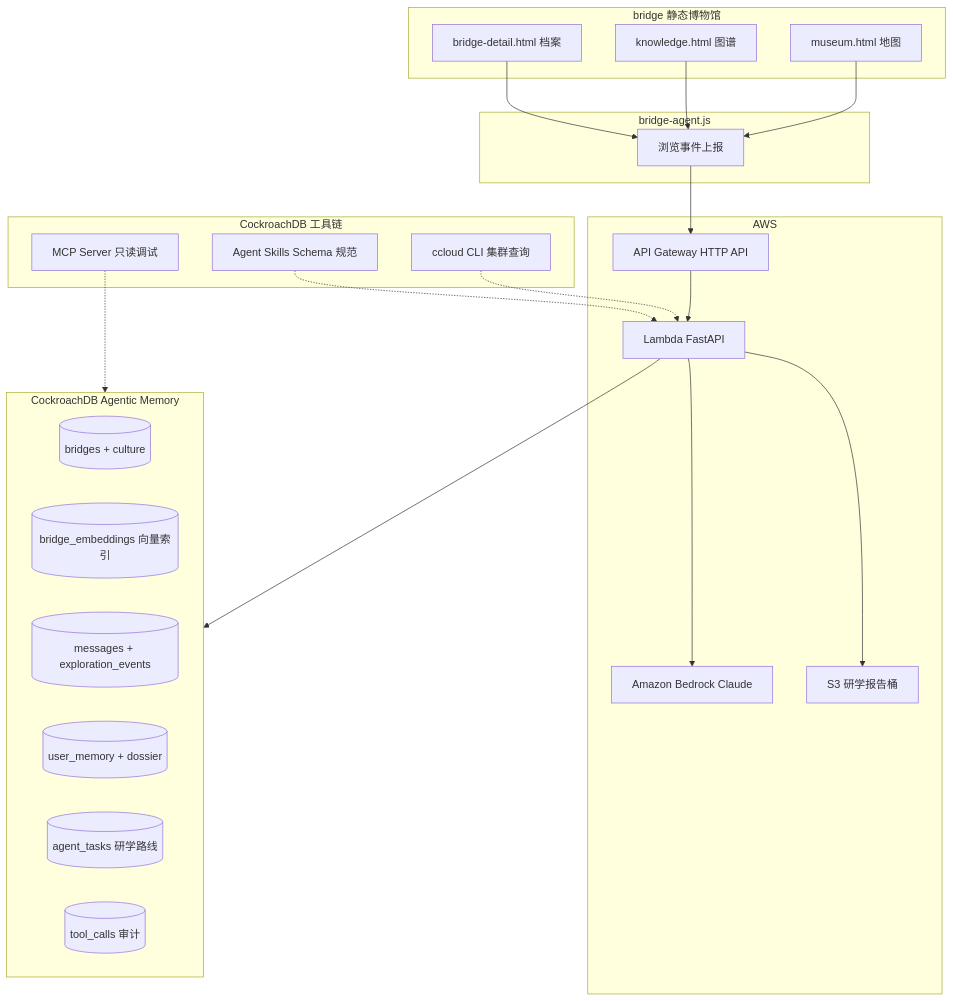
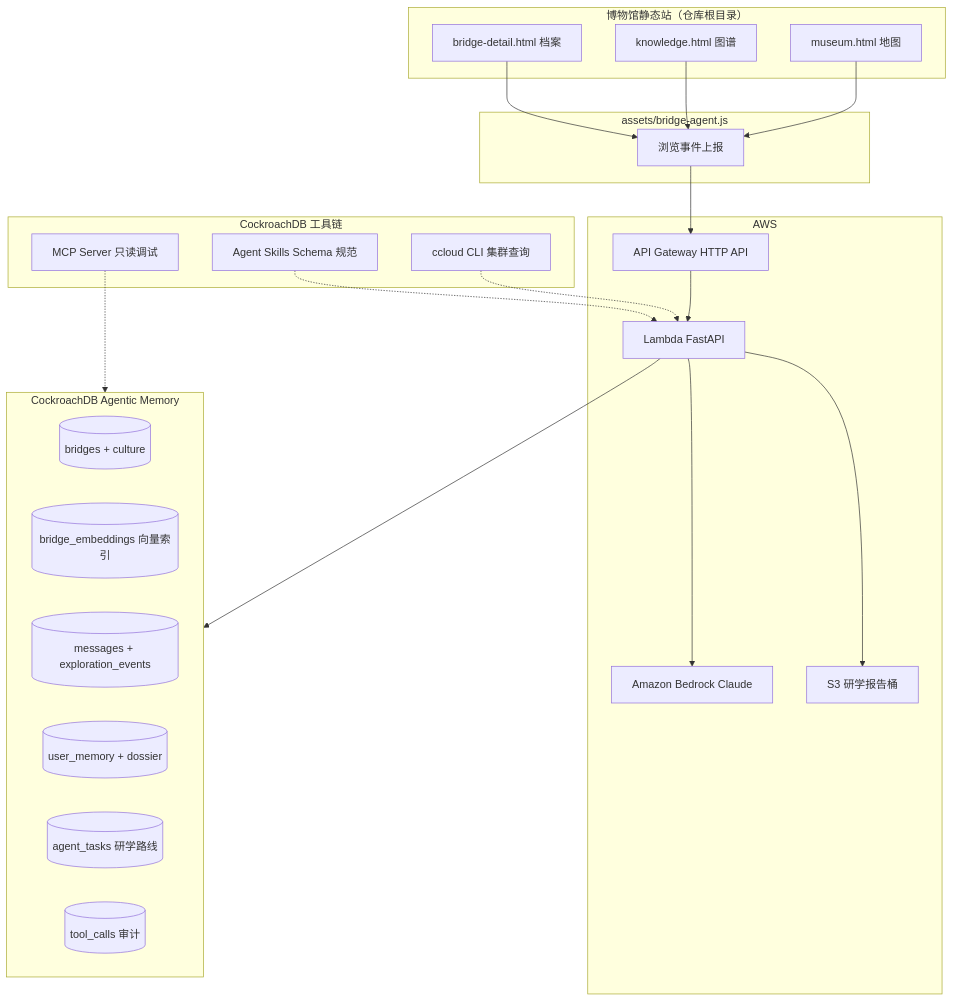
One commit to digitalcarrotfish/AWS-AI-DB changed the diagram in docs/HACKATHON.md. Above: the diagram before and after it, drawn with Mermaid. The commit also changed other lines of this file and 130 other files, not shown here.

First line of the commit message:
Ship museum + agent memory stack for hackathon submission.

````diff
--- a/docs/HACKATHON.md
+++ b/docs/HACKATHON.md
@@ -17,45 +17,45 @@
 ```mermaid
 flowchart TB
-    subgraph Museum["bridge 静态博物馆"]
+    subgraph Museum["博物馆静态站（仓库根目录）"]
         Map[museum.html 地图]
         Graph[knowledge.html 图谱]
         Detail[bridge-detail.html 档案]
     end
 
-    subgraph SDK["bridge-agent.js"]
+    subgraph SDK["assets/bridge-agent.js"]
         Events[浏览事件上报]
     end
 
     subgraph AWS["AWS"]
         APIGW[API Gateway HTTP API]
         Lambda[Lambda FastAPI]
         Bedrock[Amazon Bedrock Claude]
         S3[S3 研学报告桶]
     end
 
     subgraph CRDB["CockroachDB Agentic Memory"]
         KB[(bridges + culture)]
         VEC[(bridge_embeddings 向量索引)]
         EPIS[(messages + exploration_events)]
         SEM[(user_memory + dossier)]
         PROC[(agent_tasks 研学路线)]
         AUDIT[(tool_calls 审计)]
     end
 
     subgraph DevTools["CockroachDB 工具链"]
         MCP[MCP Server 只读调试]
         CLI[ccloud CLI 集群查询]
         Skills[Agent Skills Schema 规范]
     end
 
     Map --> Events
     Graph --> Events
     Detail --> Events
     Events --> APIGW --> Lambda
     Lambda --> Bedrock
     Lambda --> CRDB
     Lambda --> S3
     MCP -.-> CRDB
     CLI -.-> Lambda
     Skills -.-> Lambda
 ```
````
